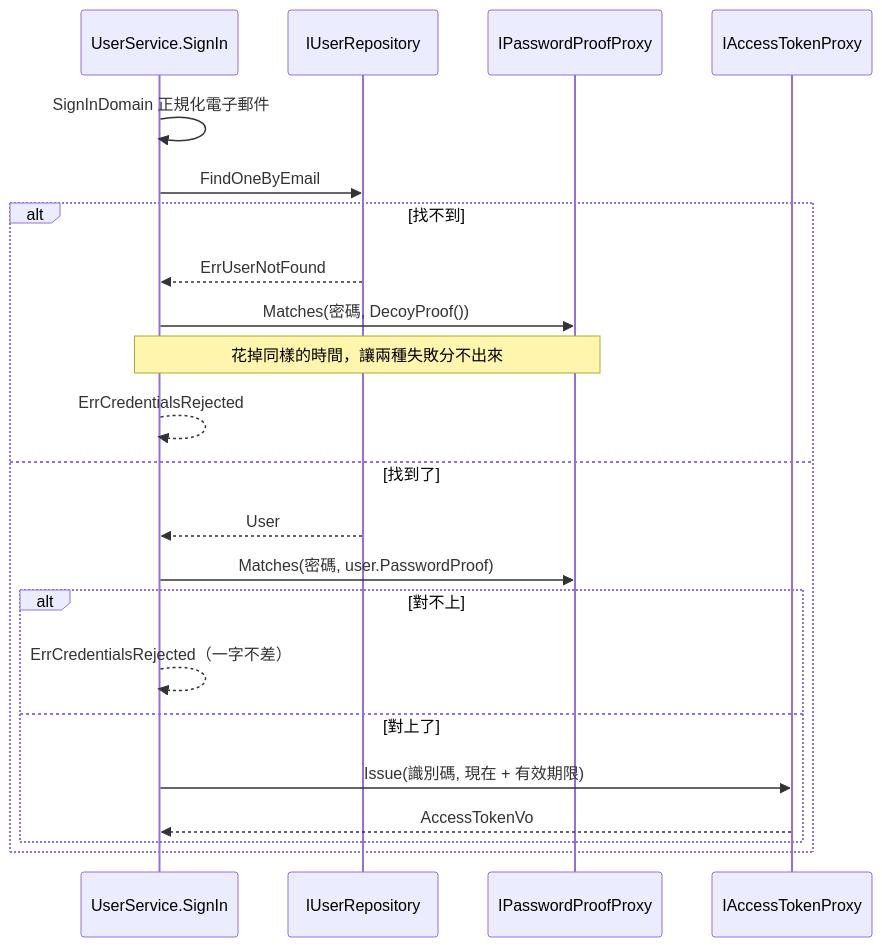
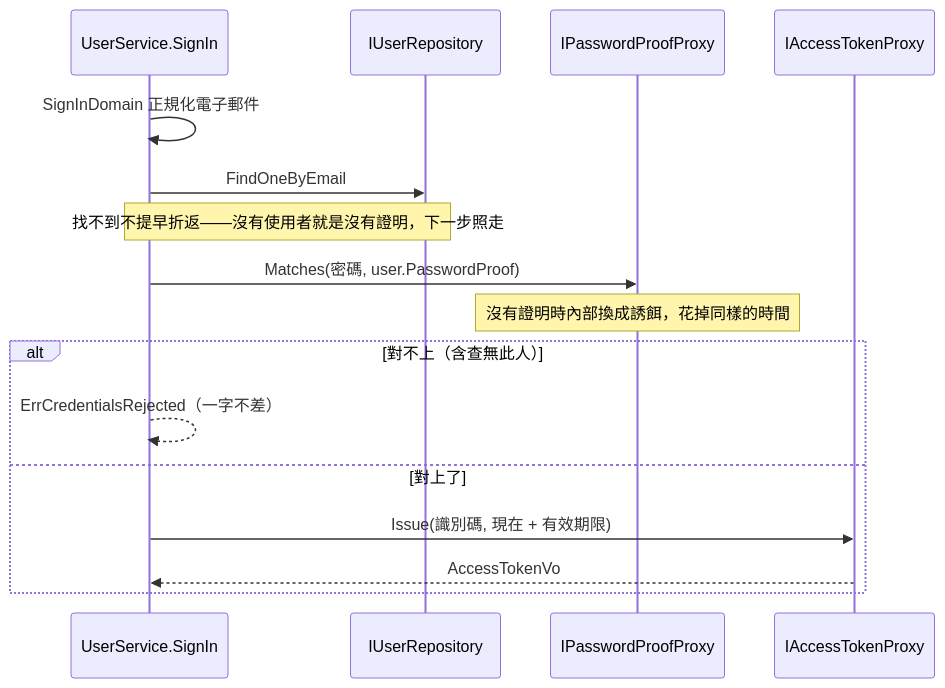
One commit to CodeMachine0121/go-trading changed the second of 2 diagrams in .sdd/2026-09-05-user-authentication/ARCH.md. Above: the diagram before and after it, drawn with Mermaid. The commit also changed other lines of this file and 7 other files, not shown here.

````diff
--- a/.sdd/2026-09-05-user-authentication/ARCH.md
+++ b/.sdd/2026-09-05-user-authentication/ARCH.md
@@ -179,24 +183,18 @@
 ```mermaid
 sequenceDiagram
     participant S as UserService.SignIn
     participant R as IUserRepository
     participant P as IPasswordProofProxy
     participant T as IAccessTokenProxy
     S->>S: SignInDomain 正規化電子郵件
     S->>R: FindOneByEmail
-    alt 找不到
-        R-->>S: ErrUserNotFound
-        S->>P: Matches(密碼, DecoyProof())
-        Note over S,P: 花掉同樣的時間，讓兩種失敗分不出來
-        S-->>S: ErrCredentialsRejected
-    else 找到了
-        R-->>S: User
-        S->>P: Matches(密碼, user.PasswordProof)
-        alt 對不上
-            S-->>S: ErrCredentialsRejected（一字不差）
-        else 對上了
-            S->>T: Issue(識別碼, 現在 + 有效期限)
-            T-->>S: AccessTokenVo
-        end
+    Note over S,R: 找不到不提早折返——沒有使用者就是沒有證明，下一步照走
+    S->>P: Matches(密碼, user.PasswordProof)
+    Note over P: 沒有證明時內部換成誘餌，花掉同樣的時間
+    alt 對不上（含查無此人）
+        S-->>S: ErrCredentialsRejected（一字不差）
+    else 對上了
+        S->>T: Issue(識別碼, 現在 + 有效期限)
+        T-->>S: AccessTokenVo
     end
 ```
````
